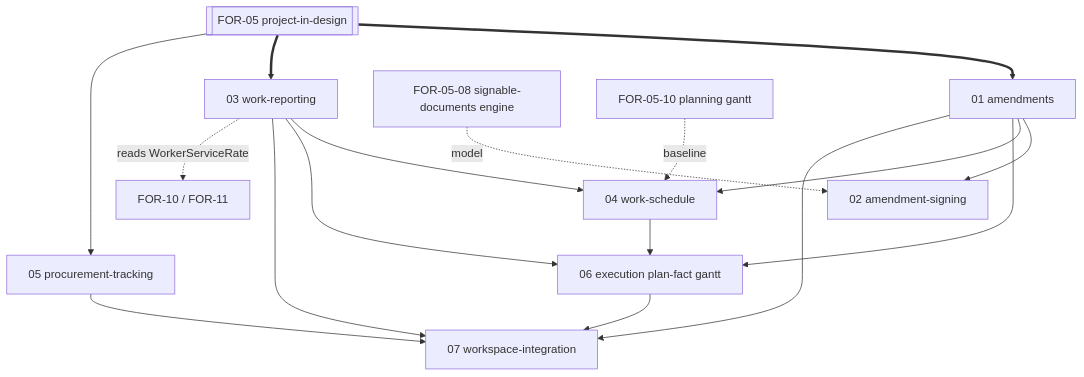
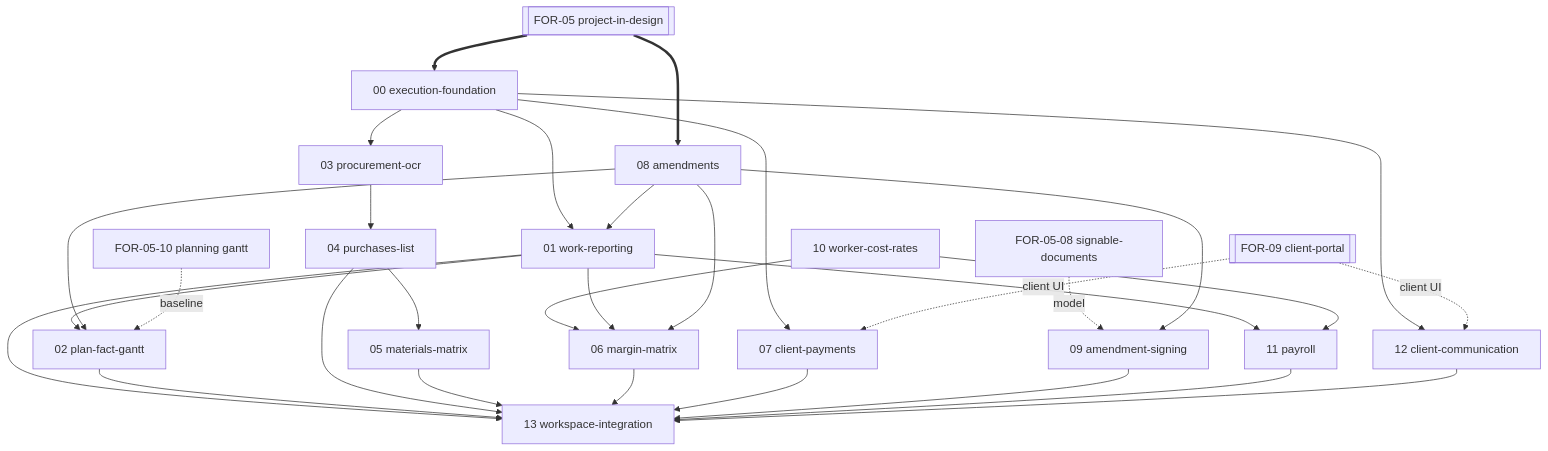
The diagram in .kiro/specs/FOR-06-project-in-progress/OVERVIEW.md (ctoloaders/foremen), drawn with Mermaid before and after one commit. The commit also changed other lines of this file and 5 other files, not shown here.

Commit message:
docs(FOR-06-02): plan/fact Gantt overlay spec (requirements, design, tasks, test-cases)

````diff
--- a/.kiro/specs/FOR-06-project-in-progress/OVERVIEW.md
+++ b/.kiro/specs/FOR-06-project-in-progress/OVERVIEW.md
@@ -69,19 +111,33 @@
 ```mermaid
 graph TD
-    FOR05[[FOR-05 project-in-design]] ==> A01[01 amendments]
-    FOR05 ==> A03[03 work-reporting]
-    A01 --> A02[02 amendment-signing]
-    S08FROM05[FOR-05-08 signable-documents engine] -.model.-> A02
-    G10FROM05[FOR-05-10 planning gantt] -.baseline.-> A04
-    A03 --> A04[04 work-schedule]
-    A01 --> A04
-    A03 --> A06[06 execution plan-fact gantt]
+    FOR05[[FOR-05 project-in-design]] ==> F00[00 execution-foundation]
+    FOR05 ==> A08[08 amendments]
+    F00 --> A01[01 work-reporting]
+    A08 --> A01
+    A01 --> A02[02 plan-fact-gantt]
+    A08 --> A02
+    G10[FOR-05-10 planning gantt] -.baseline.-> A02
+    F00 --> A03[03 procurement-ocr]
+    A03 --> A04[04 purchases-list]
+    A04 --> A05[05 materials-matrix]
+    A10[10 worker-cost-rates] --> A06[06 margin-matrix]
     A01 --> A06
-    A04 --> A06
-    FOR05 --> A05[05 procurement-tracking]
-    A01 --> A07[07 workspace-integration]
-    A03 --> A07
-    A05 --> A07
-    A06 --> A07
-    A03 -.reads WorkerServiceRate.-> F1011[FOR-10 / FOR-11]
+    A08 --> A06
+    S08[FOR-05-08 signable-documents] -.model.-> A09[09 amendment-signing]
+    A08 --> A09
+    F00 --> A07[07 client-payments]
+    A01 --> A11[11 payroll]
+    A10 --> A11
+    F00 --> A12[12 client-communication]
+    FOR09[[FOR-09 client-portal]] -.client UI.-> A07
+    FOR09 -.client UI.-> A12
+    A01 --> A13[13 workspace-integration]
+    A02 --> A13
+    A04 --> A13
+    A05 --> A13
+    A06 --> A13
+    A07 --> A13
+    A09 --> A13
+    A11 --> A13
+    A12 --> A13
 ```
````
